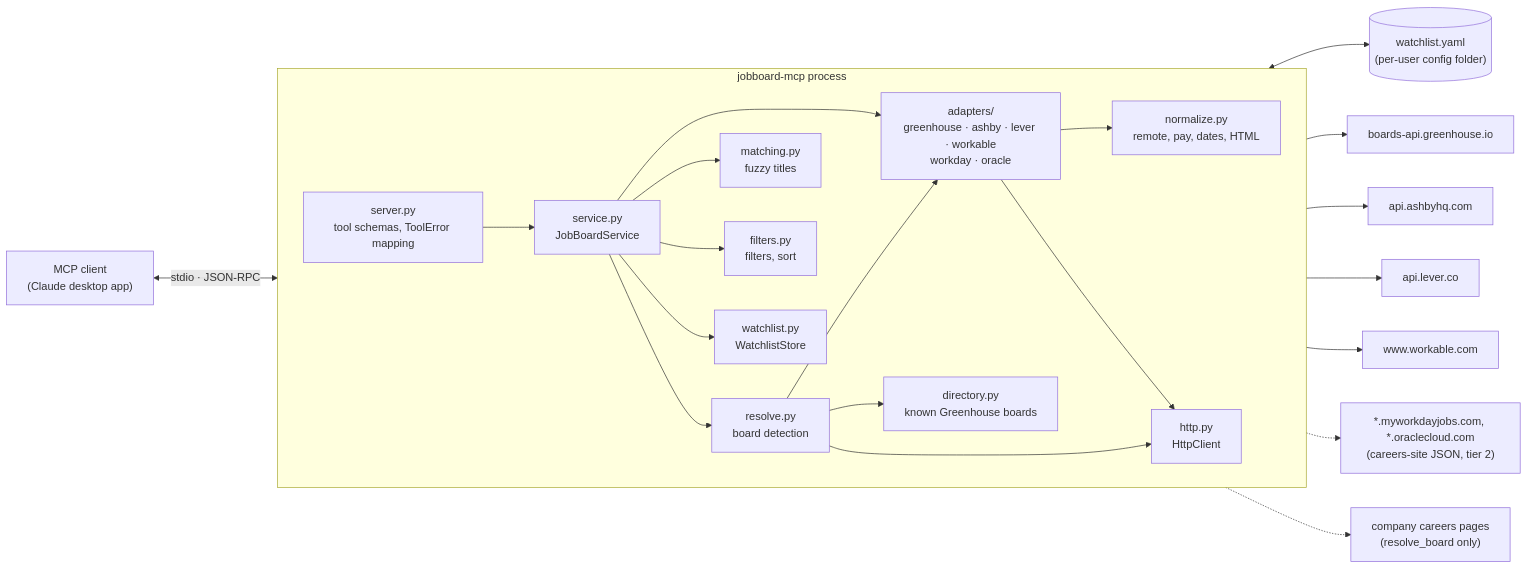
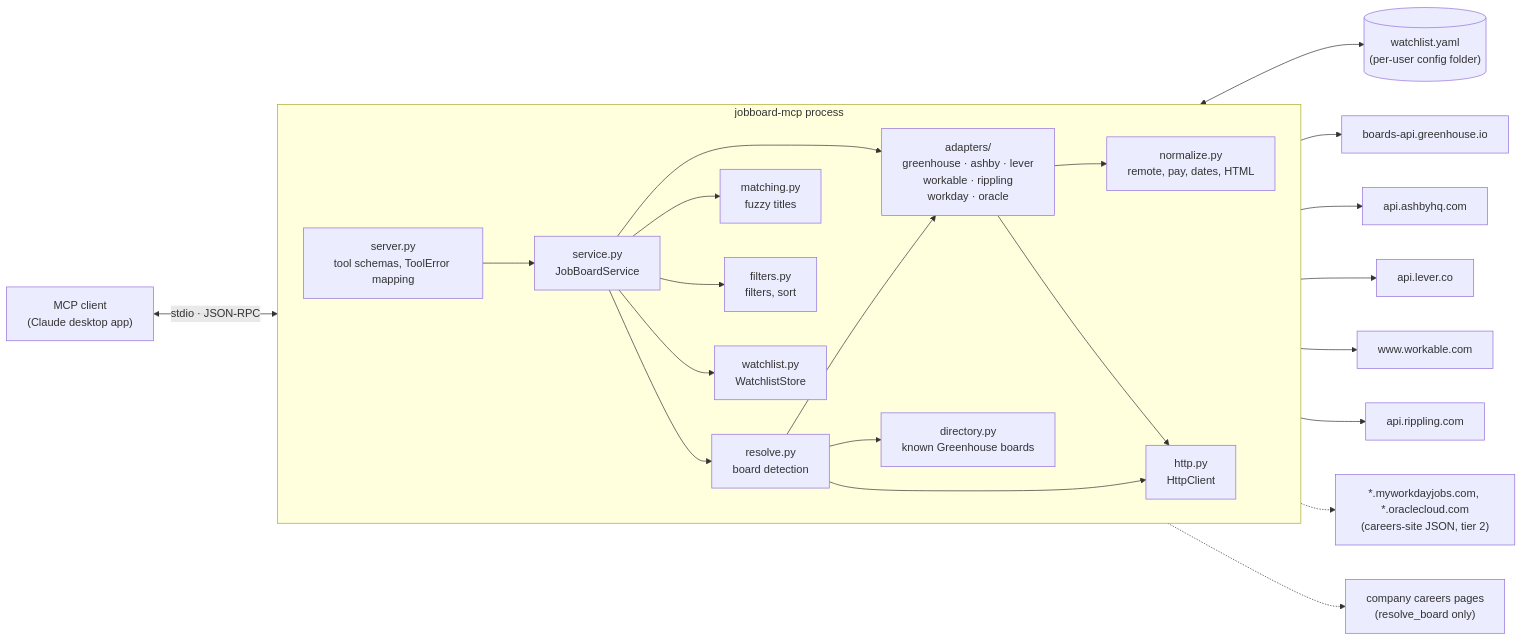
Before and after one commit to HakujouRyu/jobboard-mcp: the first of 7 diagrams in docs/architecture.md, drawn with Mermaid. The commit also changed other lines of this file and 25 other files, not shown here.

````diff
--- a/docs/architecture.md
+++ b/docs/architecture.md
@@ -18,46 +18,48 @@
 ```mermaid
 flowchart LR
     client["MCP client<br/>(Claude desktop app)"]
 
     subgraph proc["jobboard-mcp process"]
         direction LR
         server["server.py<br/>tool schemas, ToolError mapping"]
         service["service.py<br/>JobBoardService"]
-        adapters["adapters/<br/>greenhouse · ashby · lever · workable<br/>workday · oracle"]
+        adapters["adapters/<br/>greenhouse · ashby · lever<br/>workable · rippling<br/>workday · oracle"]
         resolve["resolve.py<br/>board detection"]
         directory["directory.py<br/>known Greenhouse boards"]
         matching["matching.py<br/>fuzzy titles"]
         filters["filters.py<br/>filters, sort"]
         normalize["normalize.py<br/>remote, pay, dates, HTML"]
         store["watchlist.py<br/>WatchlistStore"]
         http["http.py<br/>HttpClient"]
     end
 
     yaml[("watchlist.yaml<br/>(per-user config folder)")]
     gh["boards-api.greenhouse.io"]
     ash["api.ashbyhq.com"]
     lev["api.lever.co"]
     wk["www.workable.com"]
+    rp["api.rippling.com"]
     wd["*.myworkdayjobs.com, *.oraclecloud.com<br/>(careers-site JSON, tier 2)"]
     careers["company careers pages<br/>(resolve_board only)"]
 
     client <-->|"stdio · JSON-RPC"| server
     server --> service
     service --> adapters
     service --> resolve
     service --> matching
     service --> filters
     service --> store
     adapters --> normalize
     resolve --> adapters
     resolve --> directory
     adapters --> http
     resolve --> http
     store <--> yaml
     http --> gh
     http --> ash
     http --> lev
     http --> wk
+    http --> rp
     http -.-> wd
     http -.-> careers
 ```
````
